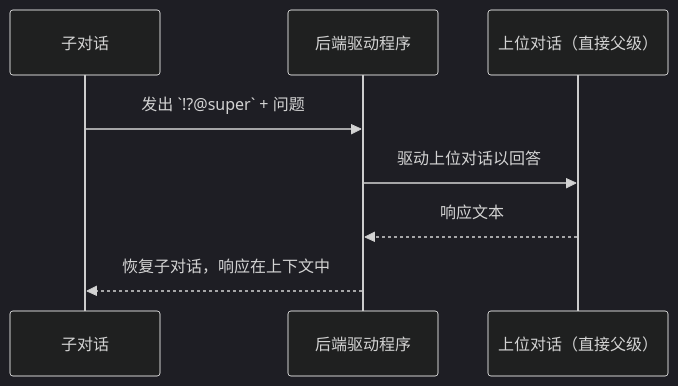
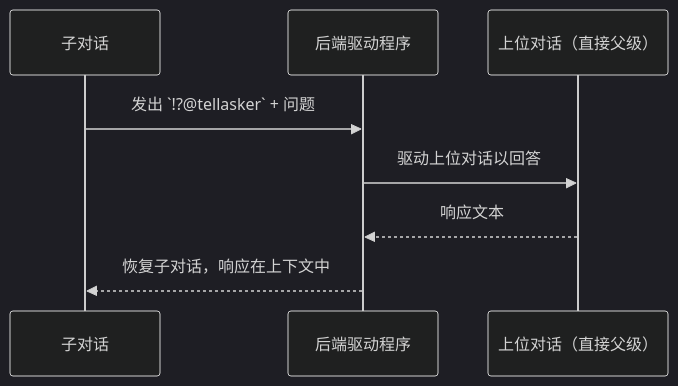
One commit to longrun-ai/dominds changed diagram 11 of 18 in docs/dialog-system.zh.md. Above: the diagram before and after it, drawn with Mermaid (dark theme). The commit also changed other lines of this file and 13 other files, not shown here.

````diff
--- a/docs/dialog-system.zh.md
+++ b/docs/dialog-system.zh.md
@@ -1072,11 +1071,11 @@
 ```mermaid
 sequenceDiagram
   participant Sub as 子对话
   participant Driver as 后端驱动程序
   participant Sup as 上位对话（直接父级）
 
-  Sub->>Driver: 发出 `!?@super` + 问题
+  Sub->>Driver: 发出 `!?@tellasker` + 问题
   Driver->>Sup: 驱动上位对话以回答
   Sup-->>Driver: 响应文本
   Driver-->>Sub: 恢复子对话，响应在上下文中
 ```
````
